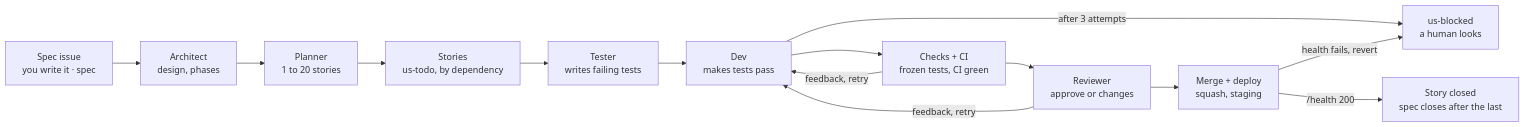
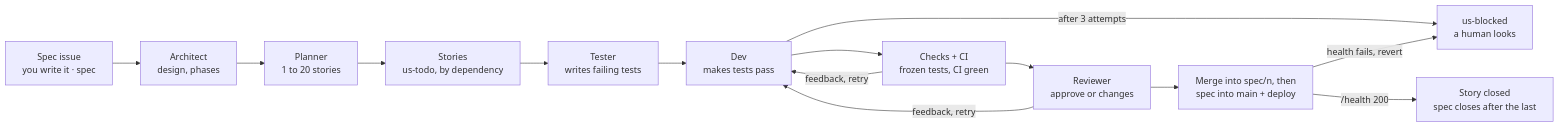
One commit to GrocWilliam/mustafar changed the diagram in docs/functional-guide.md. Above: the diagram before and after it, drawn with Mermaid. The commit also changed other lines of this file and 26 other files, not shown here.

````diff
--- a/docs/functional-guide.md
+++ b/docs/functional-guide.md
@@ -54,16 +55,16 @@
 ```mermaid
 flowchart LR
     S["Spec issue<br/>you write it · spec"] --> A["Architect<br/>design, phases"]
     A --> P["Planner<br/>1 to 20 stories"]
     P --> Q["Stories<br/>us-todo, by dependency"]
     Q --> T["Tester<br/>writes failing tests"]
     T --> D["Dev<br/>makes tests pass"]
     D --> C["Checks + CI<br/>frozen tests, CI green"]
     C --> R["Reviewer<br/>approve or changes"]
-    R --> M["Merge + deploy<br/>squash, staging"]
+    R --> M["Merge into spec/n, then<br/>spec into main + deploy"]
     C -->|feedback, retry| D
     R -->|feedback, retry| D
     D -->|after 3 attempts| B["us-blocked<br/>a human looks"]
     M -->|health fails, revert| B
     M -->|/health 200| DONE["Story closed<br/>spec closes after the last"]
 ```
````
